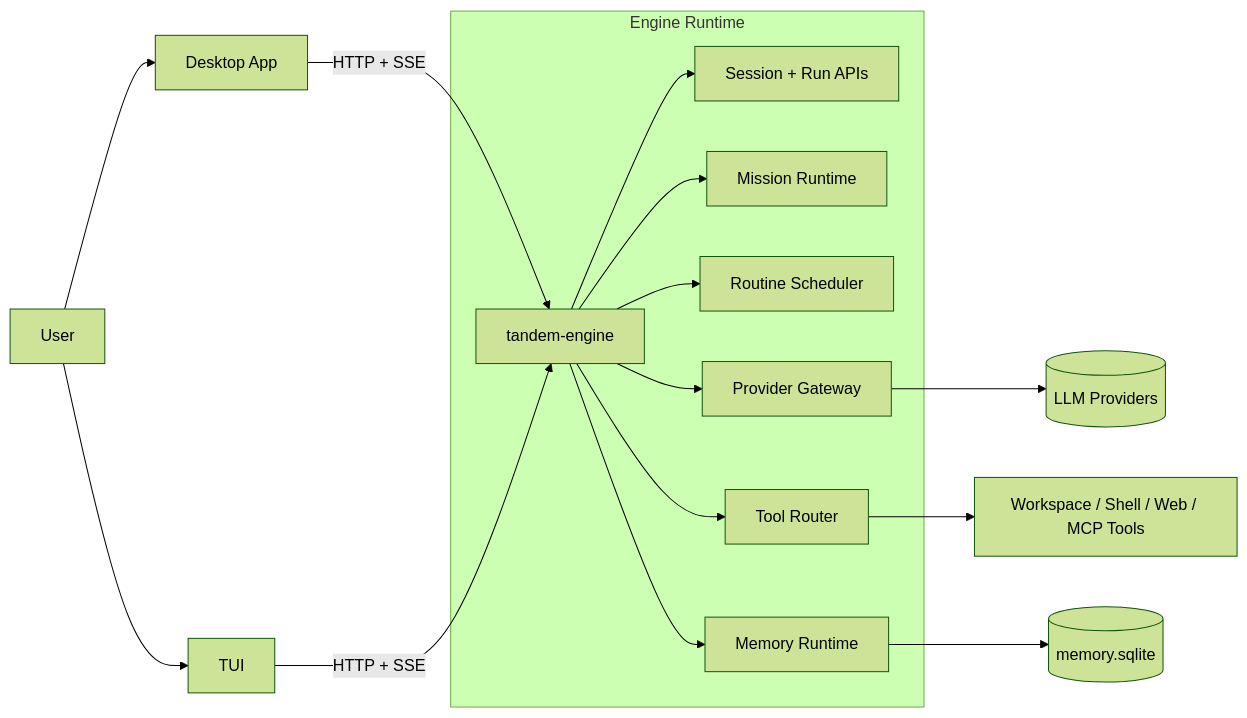
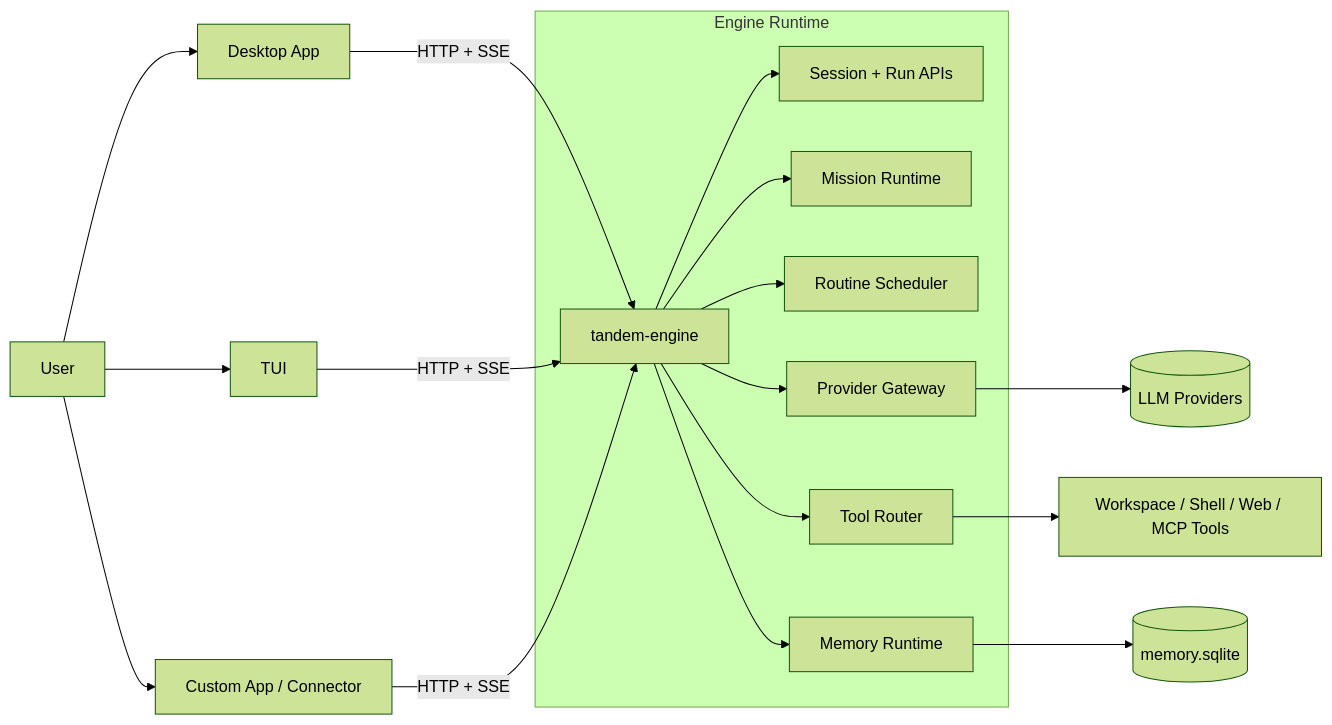
The first of 3 diagrams in guide/src/content/docs/architecture.md (frumu-ai/tandem), drawn with Mermaid (forest theme) before and after one commit.

Commit message:
docs(architecture): add custom app connector lane to system overview

````diff
--- a/guide/src/content/docs/architecture.md
+++ b/guide/src/content/docs/architecture.md
@@ -9,20 +9,22 @@
 ```mermaid
 flowchart LR
   U[User] --> D[Desktop App]
   U --> T[TUI]
+  U --> X[Custom App / Connector]
   D -->|HTTP + SSE| E[tandem-engine]
   T -->|HTTP + SSE| E
+  X -->|HTTP + SSE| E
 
   subgraph Engine Runtime
     E --> S[Session + Run APIs]
     E --> M[Mission Runtime]
     E --> R[Routine Scheduler]
     E --> P[Provider Gateway]
     E --> TOOLS[Tool Router]
     E --> MEM[Memory Runtime]
   end
 
   TOOLS --> FS[Workspace / Shell / Web / MCP Tools]
   MEM --> DB[(memory.sqlite)]
   P --> LLM[(LLM Providers)]
 ```
````
